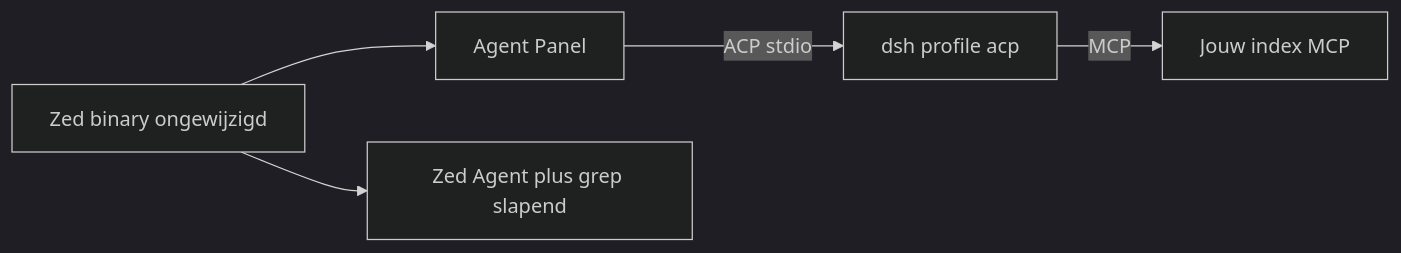
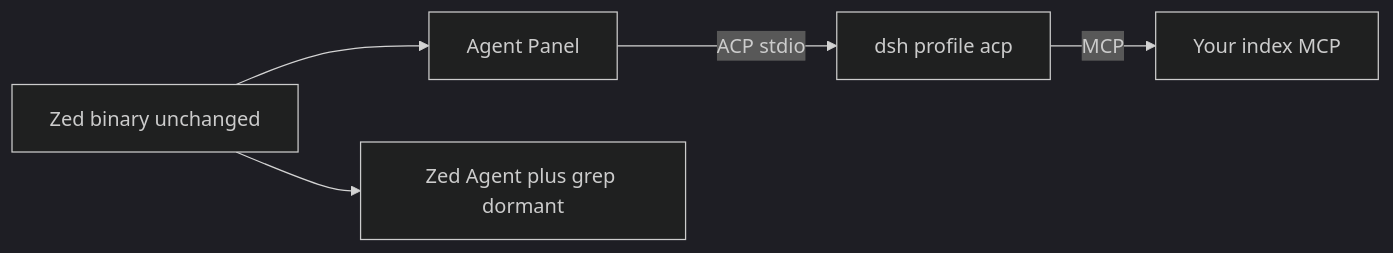
One commit to Lennaertds/cardine changed the first of 2 diagrams in docs/product/totaalproduct.md. Above: the diagram before and after it, drawn with Mermaid (dark theme). The commit also changed other lines of this file and 644 other files, not shown here.

````diff
--- a/docs/product/totaalproduct.md
+++ b/docs/product/totaalproduct.md
@@ -33,12 +33,12 @@
 ```mermaid
 flowchart LR
-  zed["Zed binary ongewijzigd"]
+  zed["Zed binary unchanged"]
   panel["Agent Panel"]
-  dormant["Zed Agent plus grep slapend"]
+  dormant["Zed Agent plus grep dormant"]
   dsh["dsh profile acp"]
-  idx["Jouw index MCP"]
+  idx["Your index MCP"]
   zed --> panel
   zed --> dormant
   panel -->|"ACP stdio"| dsh
   dsh -->|"MCP"| idx
 ```
````
